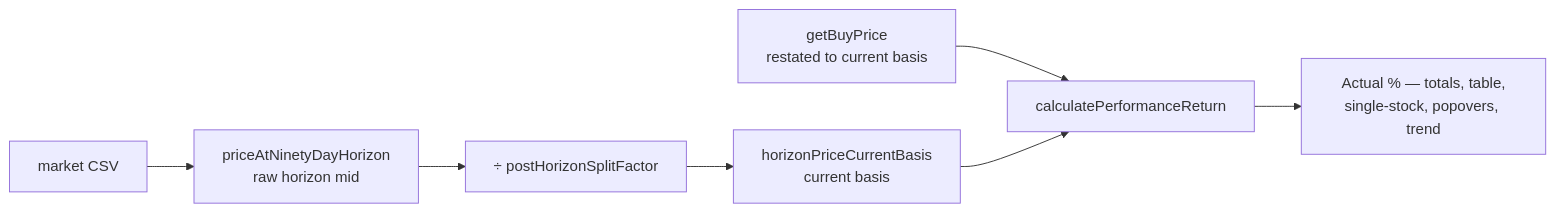
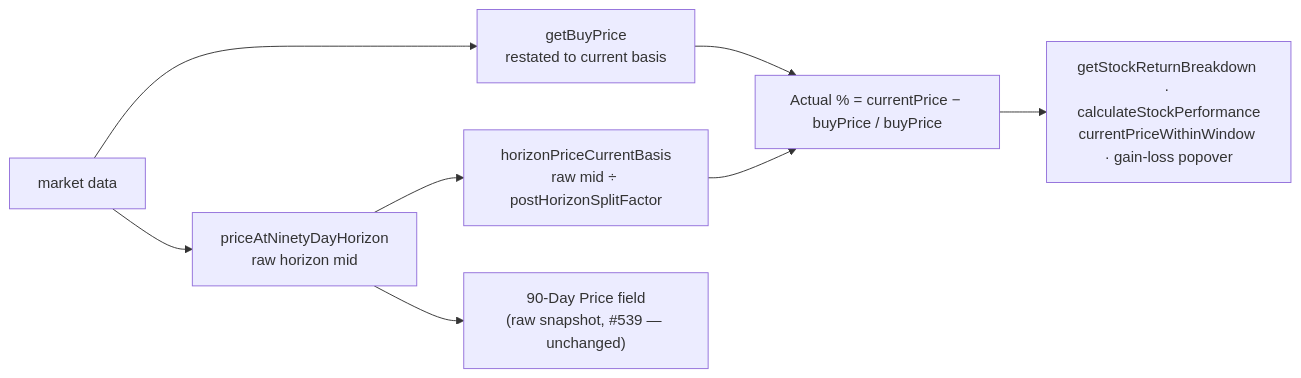
Before and after one commit to stSoftwareAU/GRQ-validation: the diagram in docs/archive/pr-summaries/pr-summary-569.md, drawn with Mermaid. The commit also changed other lines of this file, not shown here.

````diff
--- a/docs/archive/pr-summaries/pr-summary-569.md
+++ b/docs/archive/pr-summaries/pr-summary-569.md
@@ -70,9 +68,10 @@
 ```mermaid
 flowchart LR
-    A[market CSV] --> B[priceAtNinetyDayHorizon<br/>raw horizon mid]
-    B --> C[÷ postHorizonSplitFactor]
-    C --> D[horizonPriceCurrentBasis<br/>current basis]
-    E[getBuyPrice<br/>restated to current basis] --> F[calculatePerformanceReturn]
-    D --> F
-    F --> G[Actual % — totals, table,<br/>single-stock, popovers, trend]
+    A[market data] --> B[getBuyPrice<br/>restated to current basis]
+    A --> C[priceAtNinetyDayHorizon<br/>raw horizon mid]
+    C --> D[horizonPriceCurrentBasis<br/>raw mid ÷ postHorizonSplitFactor]
+    B --> E[Actual % = currentPrice − buyPrice / buyPrice]
+    D --> E
+    C --> F["90-Day Price field<br/>(raw snapshot, #539 — unchanged)"]
+    E --> G[getStockReturnBreakdown · calculateStockPerformance<br/>currentPriceWithinWindow · gain-loss popover]
 ```
````
